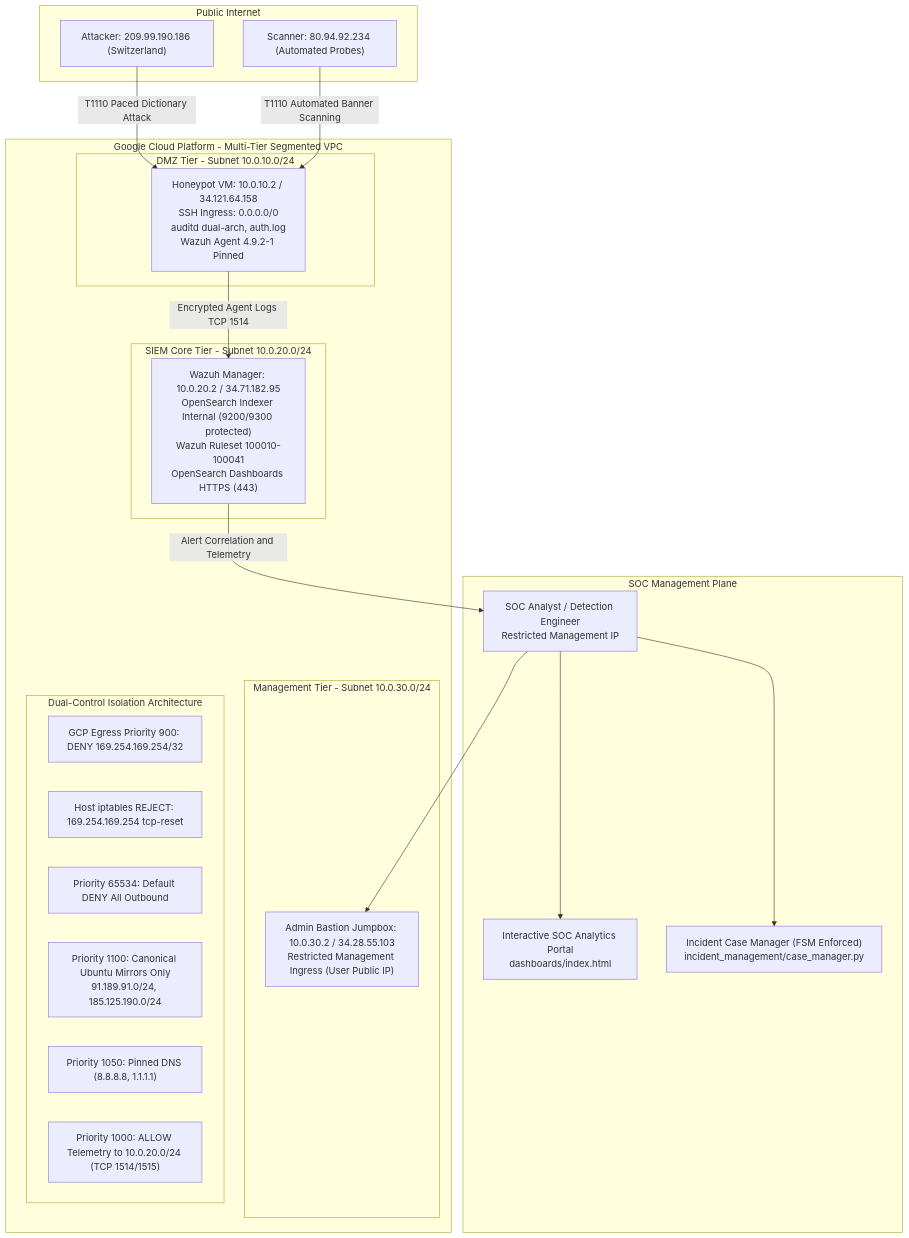
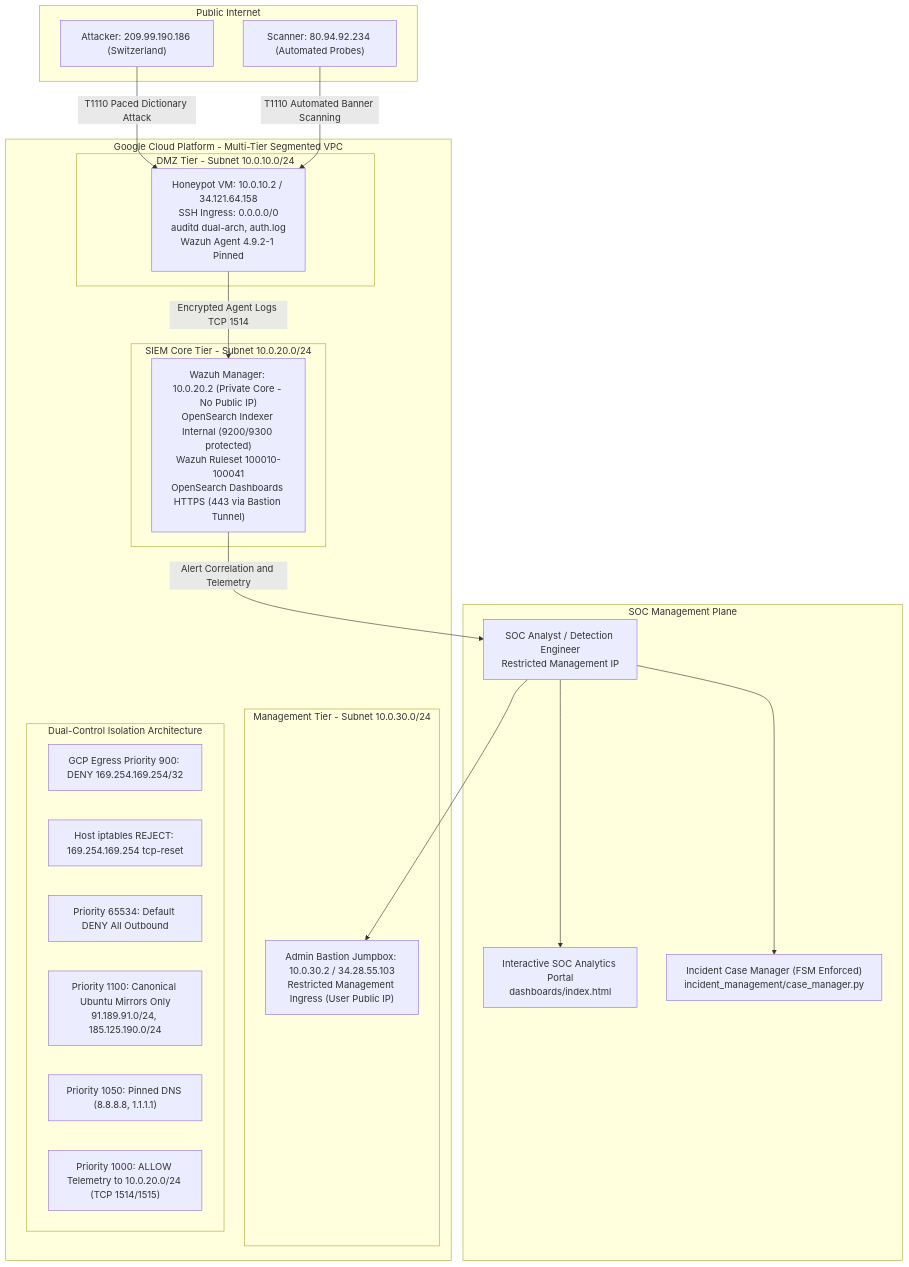
One commit to Yogesht1520/Security-Engineering-Portfolio changed the diagram in siem-detection-lab/README.md. Above: the diagram before and after it, drawn with Mermaid. The commit also changed 16 other files, not shown here.

````diff
--- a/siem-detection-lab/README.md
+++ b/siem-detection-lab/README.md
@@ -14,44 +14,44 @@
 ```mermaid
 flowchart TD
     subgraph Internet["Public Internet"]
         ATK1["Attacker: 209.99.190.186 (Switzerland)"]
         ATK2["Scanner: 80.94.92.234 (Automated Probes)"]
     end
 
     subgraph GCP["Google Cloud Platform - Multi-Tier Segmented VPC"]
         subgraph DMZSubnet["DMZ Tier - Subnet 10.0.10.0/24"]
             Honeypot["Honeypot VM: 10.0.10.2 / 34.121.64.158<br/>SSH Ingress: 0.0.0.0/0<br/>auditd dual-arch, auth.log<br/>Wazuh Agent 4.9.2-1 Pinned"]
         end
 
         subgraph SIEMSubnet["SIEM Core Tier - Subnet 10.0.20.0/24"]
-            SIEM["Wazuh Manager: 10.0.20.2 / 34.71.182.95<br/>OpenSearch Indexer Internal (9200/9300 protected)<br/>Wazuh Ruleset 100010-100041<br/>OpenSearch Dashboards HTTPS (443)"]
+            SIEM["Wazuh Manager: 10.0.20.2 (Private Core - No Public IP)<br/>OpenSearch Indexer Internal (9200/9300 protected)<br/>Wazuh Ruleset 100010-100041<br/>OpenSearch Dashboards HTTPS (443 via Bastion Tunnel)"]
         end
 
         subgraph AdminSubnet["Management Tier - Subnet 10.0.30.0/24"]
             Bastion["Admin Bastion Jumpbox: 10.0.30.2 / 34.28.55.103<br/>Restricted Management Ingress (User Public IP)"]
         end
 
         subgraph IsolationControls["Dual-Control Isolation Architecture"]
             MetaGCP["GCP Egress Priority 900: DENY 169.254.169.254/32"]
             MetaHost["Host iptables REJECT: 169.254.169.254 tcp-reset"]
             EgressDeny["Priority 65534: Default DENY All Outbound"]
             EgressPkg["Priority 1100: Canonical Ubuntu Mirrors Only<br/>91.189.91.0/24, 185.125.190.0/24"]
             EgressDNS["Priority 1050: Pinned DNS (8.8.8.8, 1.1.1.1)"]
             EgressSIEM["Priority 1000: ALLOW Telemetry to 10.0.20.0/24 (TCP 1514/1515)"]
         end
     end
 
     subgraph SOC["SOC Management Plane"]
         Analyst["SOC Analyst / Detection Engineer<br/>Restricted Management IP"]
         Portal["Interactive SOC Analytics Portal<br/>dashboards/index.html"]
         CaseMgmt["Incident Case Manager (FSM Enforced)<br/>incident_management/case_manager.py"]
     end
 
     ATK1 -->|"T1110 Paced Dictionary Attack"| Honeypot
     ATK2 -->|"T1110 Automated Banner Scanning"| Honeypot
     Honeypot -->|"Encrypted Agent Logs TCP 1514"| SIEM
     SIEM -->|"Alert Correlation and Telemetry"| Analyst
     Analyst --> Bastion
     Analyst --> Portal
     Analyst --> CaseMgmt
 ```
````
